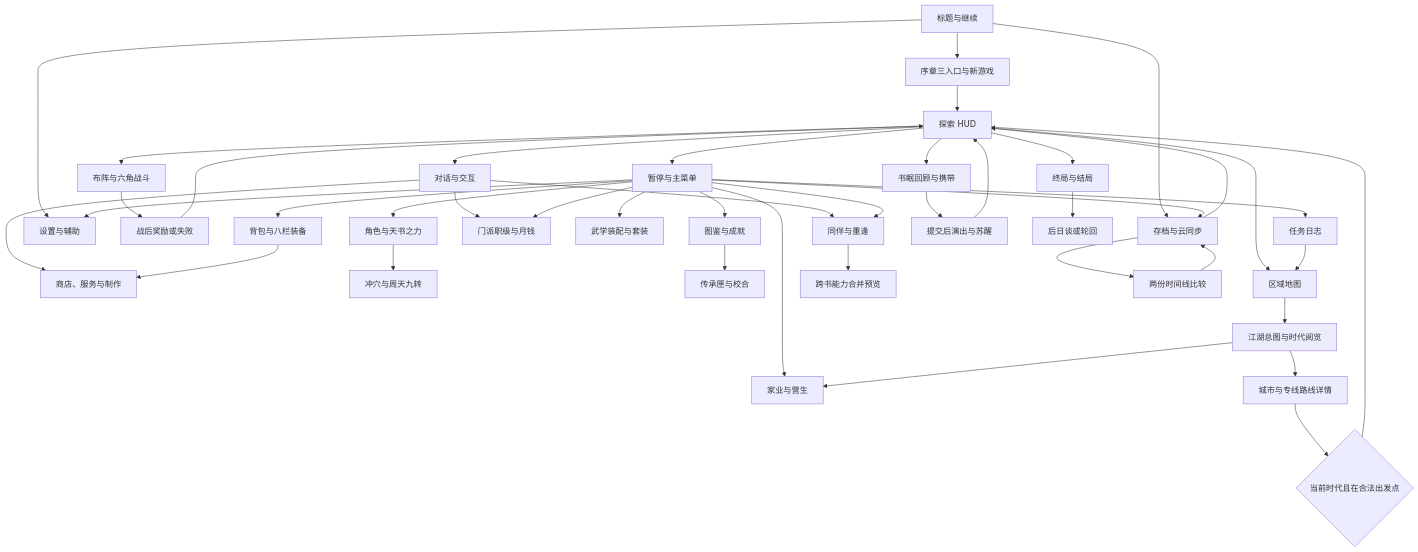
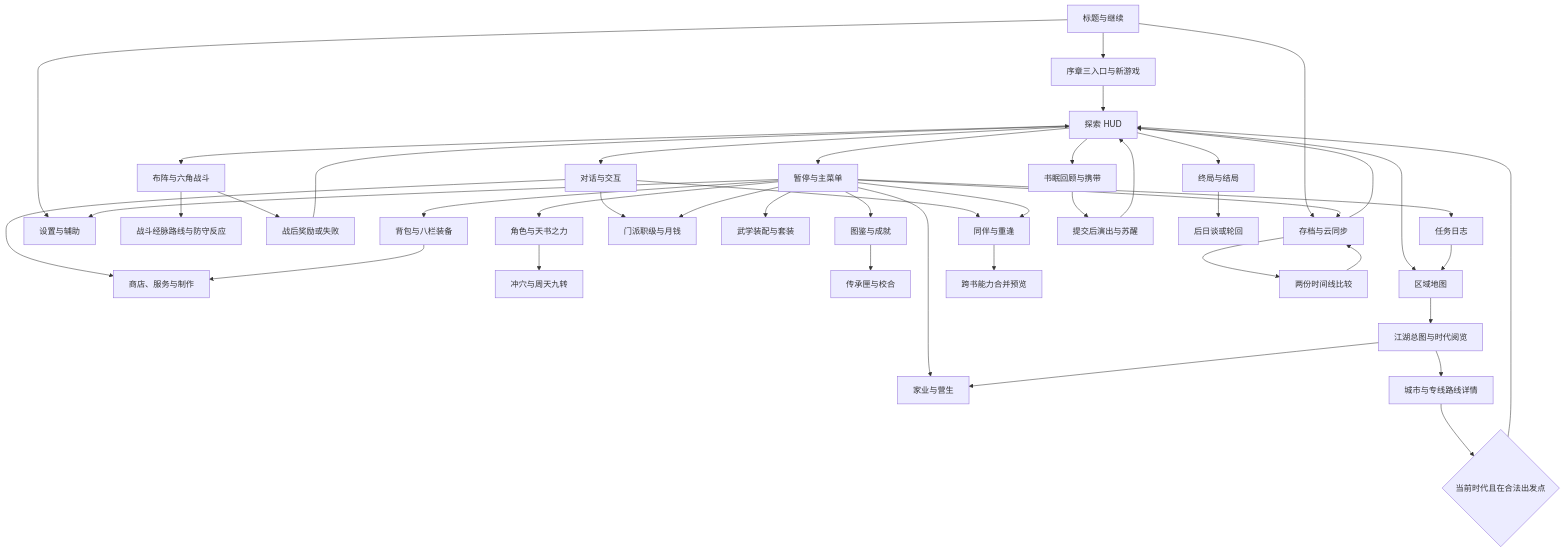
Before and after one commit to radarxc/jinyongqunxia: the first of 2 diagrams in docs/design/14-ui-ux-mobile.md, drawn with Mermaid. The commit also changed other lines of this file and 2 other files, not shown here.

````diff
--- a/docs/design/14-ui-ux-mobile.md
+++ b/docs/design/14-ui-ux-mobile.md
@@ -269,44 +270,45 @@
 ```mermaid
 flowchart TD
   Title[标题与继续] --> Start[序章三入口与新游戏]
   Title --> Saves[存档与云同步]
   Title --> Settings[设置与辅助]
   Start --> Explore[探索 HUD]
   Saves --> Explore
   Explore --> Battle[布阵与六角战斗]
+  Battle --> BattleMeridian[战斗经脉路线与防守反应]
   Battle --> Result[战后奖励或失败]
   Result --> Explore
   Explore --> Menu[暂停与主菜单]
   Explore --> Dialogue[对话与交互]
   Dialogue --> Trade[商店、服务与制作]
   Bag --> Trade
   Dialogue --> Companions[同伴与重逢]
   Dialogue --> Sect[门派职级与月钱]
   Menu --> Loadout[武学装配与套装]
   Menu --> Bag[背包与八栏装备]
   Menu --> Role[角色与天书之力]
   Role --> Meridian[冲穴与周天九转]
   Menu --> Codex[图鉴与成就]
   Menu --> Quests[任务日志]
   Menu --> Companions
   Menu --> Sect
   Menu --> Estates[家业与营生]
   Codex --> Legacy[传承匣与校合]
   Menu --> Saves
   Menu --> Settings
   Explore --> LocalMap[区域地图]
   LocalMap --> Jianghu[江湖总图与时代阅览]
   Quests --> LocalMap
   Jianghu --> Route[城市与专线路线详情]
   Route --> Travel{当前时代且在合法出发点}
   Travel --> Explore
   Jianghu --> Estates
   Companions --> Merge[跨书能力合并预览]
   Explore --> Sleep[书眠回顾与携带]
   Sleep --> Wake[提交后演出与苏醒]
   Wake --> Explore
   Saves --> Conflict[两份时间线比较]
   Conflict --> Saves
   Explore --> Finale[终局与结局]
   Finale --> Replay[后日谈或轮回]
 ```
````
